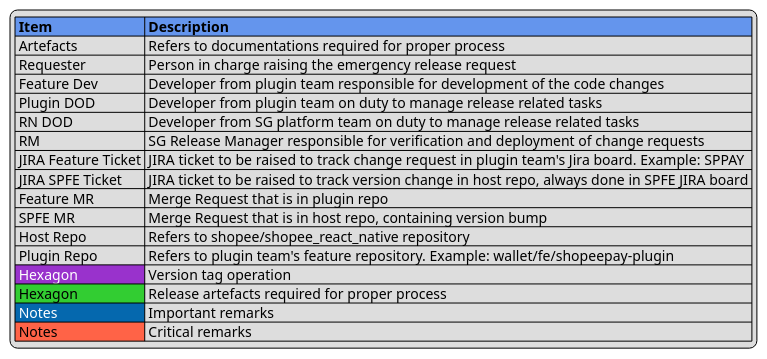
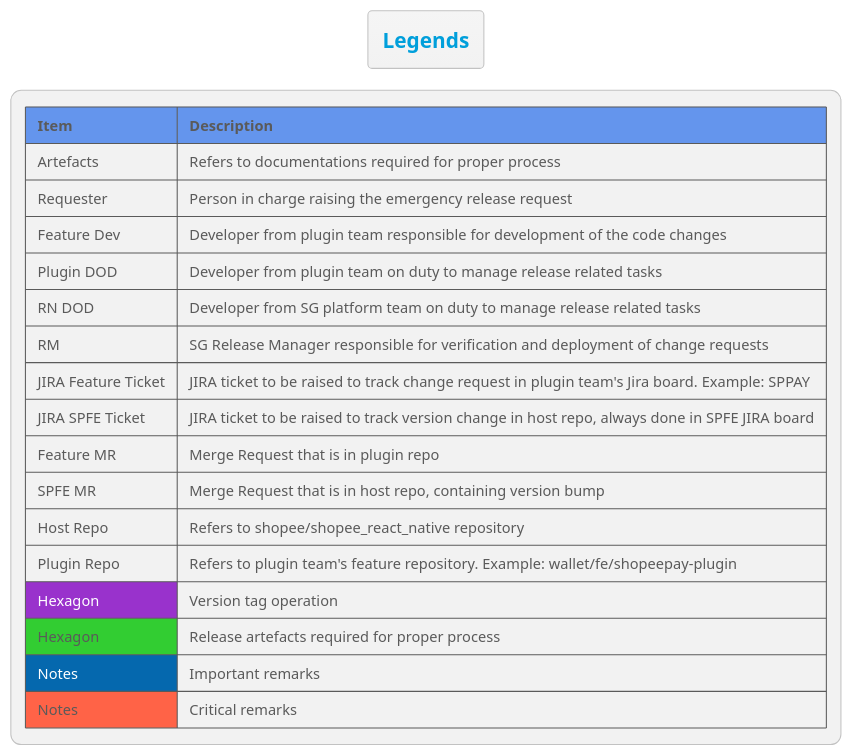
The diagram in src/RNReview/RegularFlow/Legends.plantuml (thetomitomo/diagrams), drawn with PlantUML before and after one commit. The commit also changed 6 other files, not shown here.

Commit message:
change regular flow legend

```diff
--- a/src/RNReview/RegularFlow/Legends.plantuml
+++ b/src/RNReview/RegularFlow/Legends.plantuml
@@ -1,21 +1,26 @@
 @startuml
+!theme bluegray
+skinparam FooterFontColor black
+
+title Legends
+
 legend top left
     |<#CornflowerBlue> **Item** |<#CornflowerBlue> **Description** |
     | Artefacts | Refers to documentations required for proper process |
     | Requester | Person in charge raising the emergency release request |
     | Feature Dev | Developer from plugin team responsible for development of the code changes |
     | Plugin DOD | Developer from plugin team on duty to manage release related tasks |
     | RN DOD | Developer from SG platform team on duty to manage release related tasks |
     | RM | SG Release Manager responsible for verification and deployment of change requests |
     | JIRA Feature Ticket | JIRA ticket to be raised to track change request in plugin team's Jira board. Example: SPPAY |
     | JIRA SPFE Ticket | JIRA ticket to be raised to track version change in host repo, always done in SPFE JIRA board |
     | Feature MR | Merge Request that is in plugin repo |
     | SPFE MR | Merge Request that is in host repo, containing version bump |
     | Host Repo | Refers to shopee/shopee_react_native repository |
     | Plugin Repo | Refers to plugin team's feature repository. Example: wallet/fe/shopeepay-plugin |
     |<#DarkOrchid> <color #white>Hexagon</color> | Version tag operation |
     |<#LimeGreen> Hexagon | Release artefacts required for proper process |
     |<#0568ae> <color #white>Notes </color> | Important remarks |
     |<#Tomato> Notes | Critical remarks |
 endlegend
 @enduml
```
